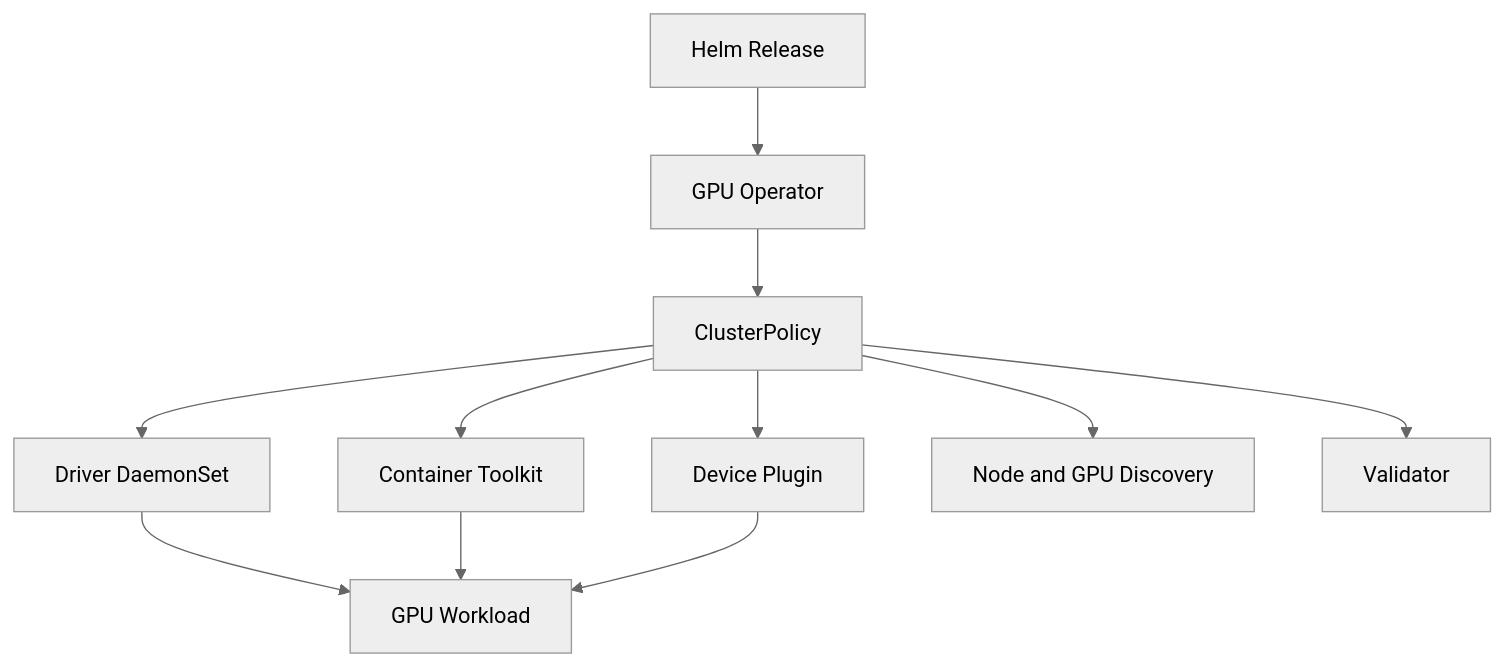
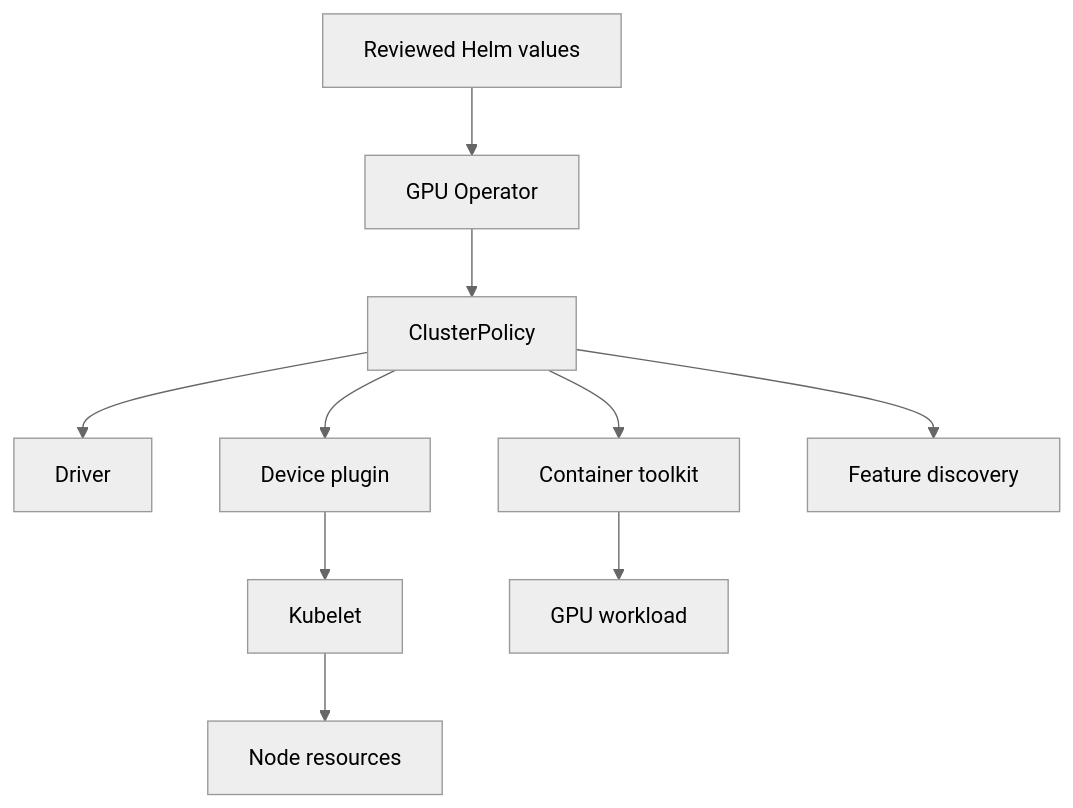
The diagram in docs/nvidia-zero-to-hero/volume-10/labs/lab-02-install-and-validate-gpu-operator.md (jithinpnjm/nvidia-devops), drawn with Mermaid (neutral theme) before and after one commit. The commit also changed other lines of this file and 3 other files, not shown here.

````diff
--- a/docs/nvidia-zero-to-hero/volume-10/labs/lab-02-install-and-validate-gpu-operator.md
+++ b/docs/nvidia-zero-to-hero/volume-10/labs/lab-02-install-and-validate-gpu-operator.md
@@ -46,22 +31,11 @@
 ```mermaid
 flowchart TD
-    Helm[Helm Release]
-    Operator[GPU Operator]
-    Policy[ClusterPolicy]
-    Driver[Driver DaemonSet]
-    Toolkit[Container Toolkit]
-    Plugin[Device Plugin]
-    Discovery[Node and GPU Discovery]
-    Validator[Validator]
-    Workload[GPU Workload]
-
-    Helm --> Operator --> Policy
-    Policy --> Driver
-    Policy --> Toolkit
-    Policy --> Plugin
-    Policy --> Discovery
-    Policy --> Validator
-    Driver --> Workload
-    Toolkit --> Workload
-    Plugin --> Workload
+  Helm[Reviewed Helm values] --> Operator[GPU Operator]
+  Operator --> Policy[ClusterPolicy]
+  Policy --> Driver[Driver]
+  Policy --> Toolkit[Container toolkit]
+  Policy --> Plugin[Device plugin]
+  Policy --> Discovery[Feature discovery]
+  Plugin --> Kubelet --> Node[Node resources]
+  Toolkit --> Workload[GPU workload]
 ```
````
